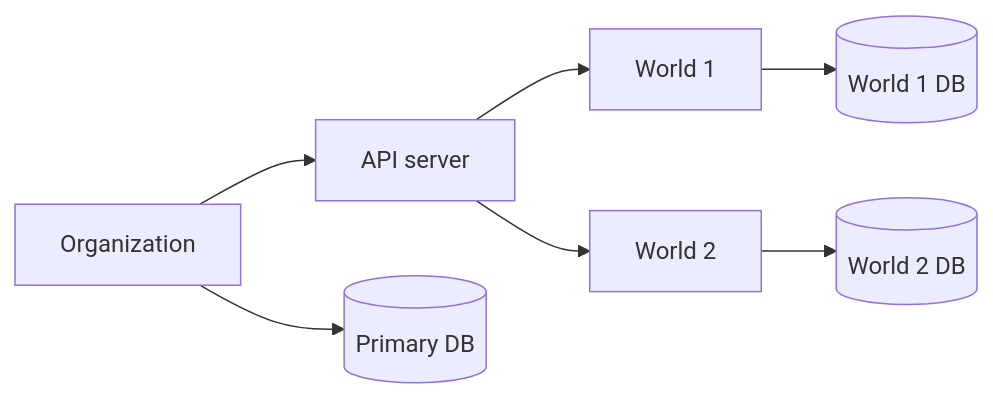
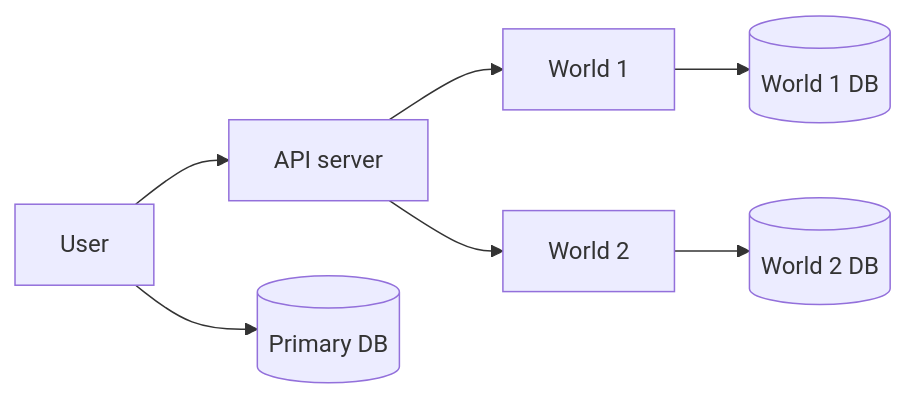
One commit to wazootech/docs.wazoo.dev changed the third of 4 diagrams in contribute/architecture.mdx. Above: the diagram before and after it, drawn with Mermaid. The commit also changed other lines of this file and 11 other files, not shown here.

````diff
--- a/contribute/architecture.mdx
+++ b/contribute/architecture.mdx
@@ -223,9 +223,9 @@
 ```mermaid
 graph LR
-    Org[Organization] --> Server[API server]
-    Org --> MetaDB[(Primary DB)]
+    User[User] --> Server[API server]
+    User --> MetaDB[(Primary DB)]
     Server --> W1[World 1]
     Server --> W2[World 2]
     W1 --> W1DB[(World 1 DB)]
     W2 --> W2DB[(World 2 DB)]
 ```
````
